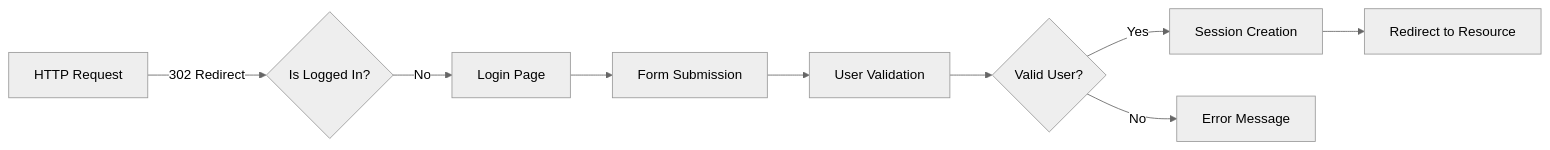
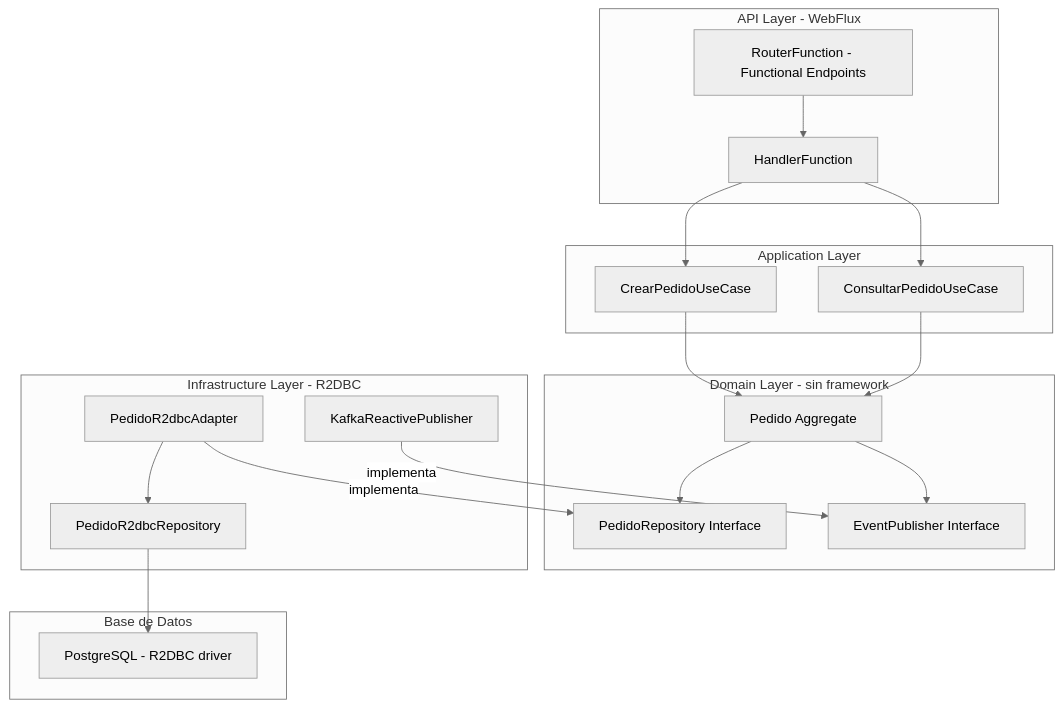
Before and after one commit to Joaquinriosheredia/DAM-Java-Mastery: the second of 4 diagrams in 02_Arquitectura/arquitectura_de_microservicios_reactivos_con_spring_boot_3.3_y_r2dbc_STAFF.md, drawn with Mermaid (neutral theme). The commit also changed other lines of this file and 1 other file, not shown here.

````diff
--- a/02_Arquitectura/arquitectura_de_microservicios_reactivos_con_spring_boot_3.3_y_r2dbc_STAFF.md
+++ b/02_Arquitectura/arquitectura_de_microservicios_reactivos_con_spring_boot_3.3_y_r2dbc_STAFF.md
@@ -1277,11 +56,35 @@
 ```mermaid
-graph LR;
-A[HTTP Request] -->|302 Redirect| B{Is Logged In?}
-B -- No --> C[Login Page]
-C --> D[Form Submission]
-D --> E[User Validation]
-E --> F{Valid User?}
-F -- Yes --> G[Session Creation]
-G --> H[Redirect to Resource]
-F -- No --> I[Error Message]
+graph TD
+    subgraph API Layer - WebFlux
+        A[RouterFunction - Functional Endpoints]
+        B[HandlerFunction]
+    end
+    subgraph Application Layer
+        C[CrearPedidoUseCase]
+        D[ConsultarPedidoUseCase]
+    end
+    subgraph Domain Layer - sin framework
+        E[Pedido Aggregate]
+        F[PedidoRepository Interface]
+        G[EventPublisher Interface]
+    end
+    subgraph Infrastructure Layer - R2DBC
+        H[PedidoR2dbcRepository]
+        I[PedidoR2dbcAdapter]
+        J[KafkaReactivePublisher]
+    end
+    subgraph Base de Datos
+        K[PostgreSQL - R2DBC driver]
+    end
+    A --> B
+    B --> C
+    B --> D
+    C --> E
+    D --> E
+    E --> F
+    E --> G
+    I -->|implementa| F
+    J -->|implementa| G
+    I --> H
+    H --> K
 ```
````
